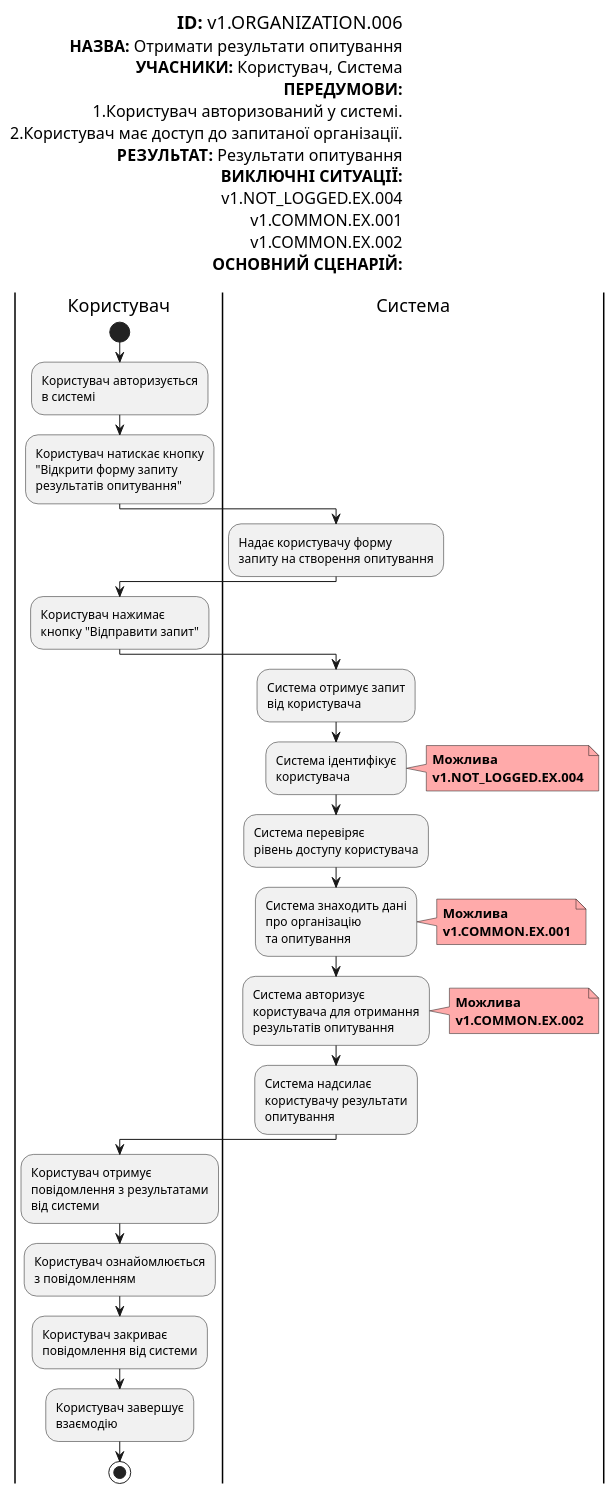
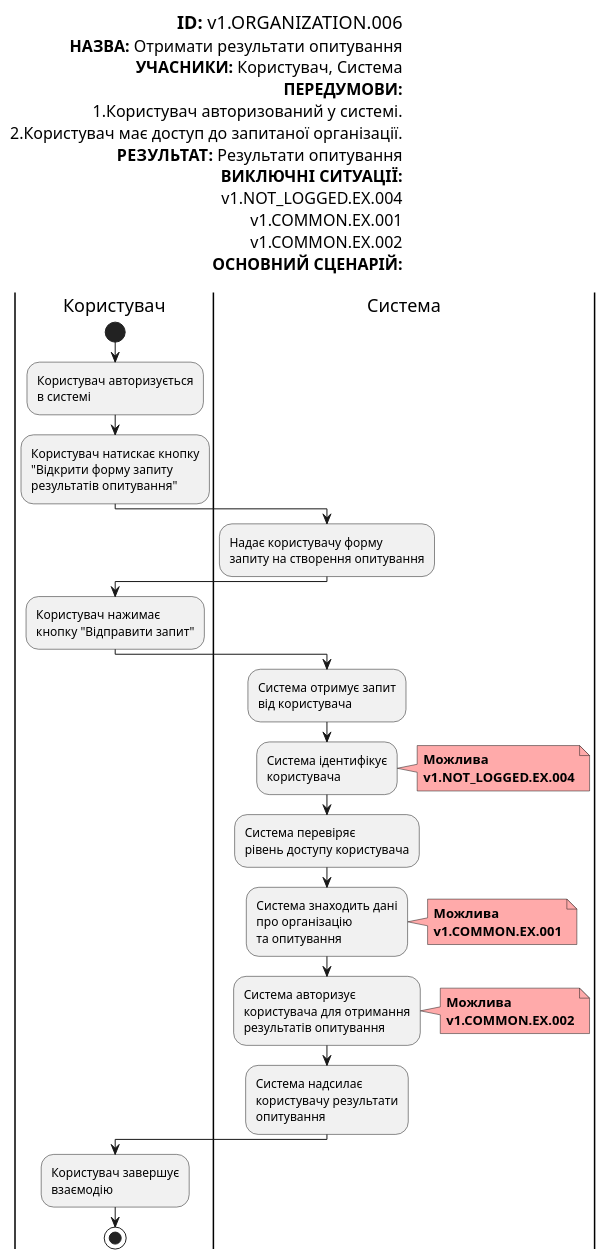
One commit to SergeyOcheretenko/survey-expert changed diagram 11 of 18 in docs/use cases/README.md. Above: the diagram before and after it, drawn with PlantUML. The commit also changed other lines of this file, not shown here.

```diff
--- a/docs/use cases/README.md
+++ b/docs/use cases/README.md
@@ -759,16 +744,6 @@
           опитування;
 
       |Користувач|
-          :Користувач отримує
-          повідомлення з результатами
-          від системи;
-
-          :Користувач ознайомлюється
-          з повідомленням;
-
-          :Користувач закриває
-          повідомлення від системи;
-
           :Користувач завершує
           взаємодію;
 
```
